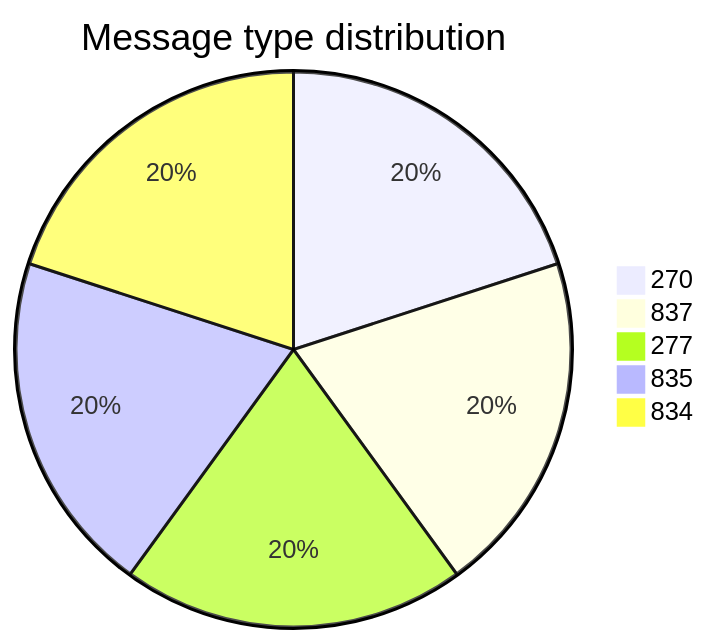
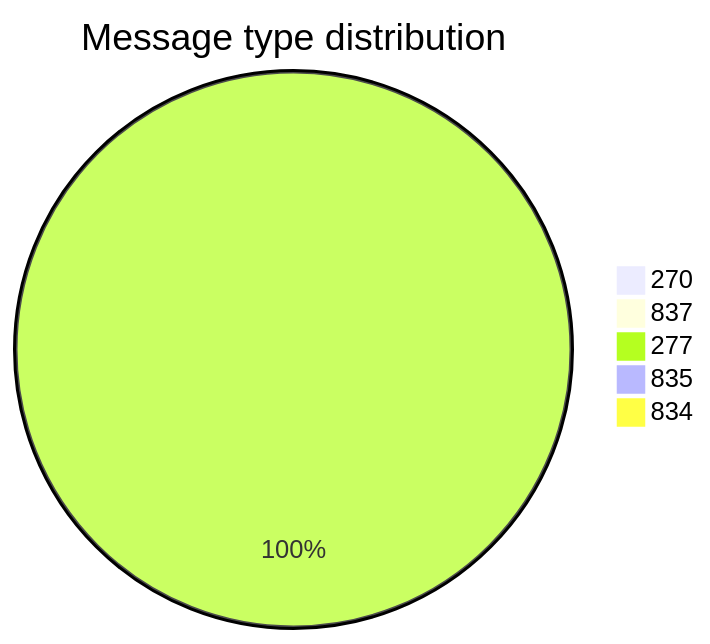
Before and after one commit to dhagan-va/intern-2025: the second of 11 diagrams in test-tools/DataGen/src/Statistics_Visualizer.md, drawn with Mermaid. The commit also changed other lines of this file and 3 other files, not shown here.

````diff
--- a/test-tools/DataGen/src/Statistics_Visualizer.md
+++ b/test-tools/DataGen/src/Statistics_Visualizer.md
@@ -28,8 +28,8 @@
 ```mermaid
 pie title Message type distribution
-    "270" : 9997
-    "837" : 9997
-    "277" : 9997
-    "835" : 9997
-    "834" : 9997
+    "270" : 0
+    "837" : 0
+    "277" : 5
+    "835" : 0
+    "834" : 0
 ```
````
